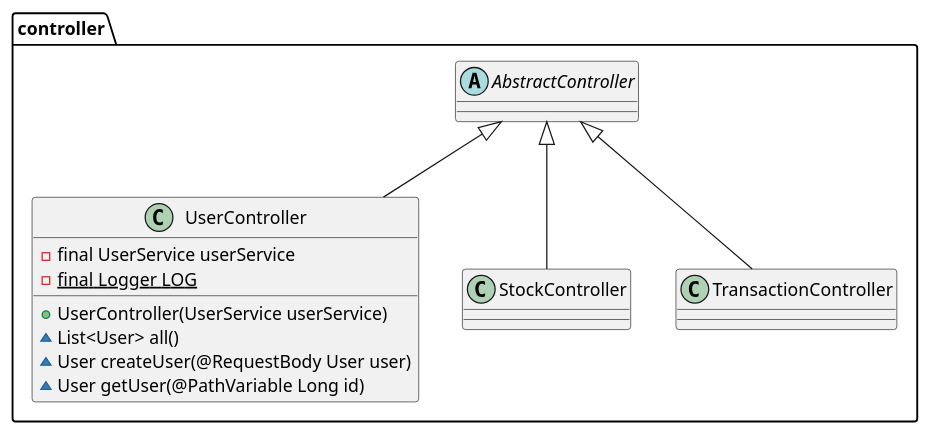
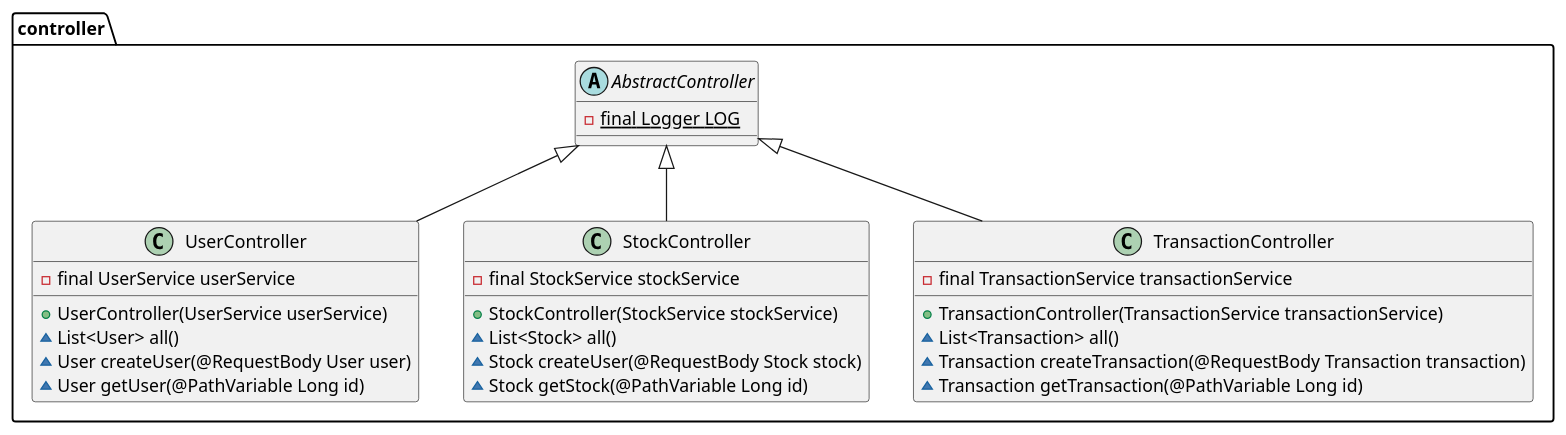
Before and after one commit to DPigeon/Money-Tree: the diagram in backend/diagram/class/ControllerPackage.puml, drawn with PlantUML. The commit also changed 4 other files, not shown here.

```diff
--- a/backend/diagram/class/ControllerPackage.puml
+++ b/backend/diagram/class/ControllerPackage.puml
@@ -1,26 +1,33 @@
 @startuml
 
 package controller {
     abstract class AbstractController {
-
+        -{static} final Logger LOG
     }
 
     class UserController extends AbstractController {
         -final UserService userService
-        -{static} final Logger LOG
         +UserController(UserService userService)
         ~List<User> all()
         ~User createUser(@RequestBody User user)
         ~User getUser(@PathVariable Long id)
     }
 
     class StockController extends AbstractController {
-
+        -final StockService stockService
+        +StockController(StockService stockService)
+        ~List<Stock> all()
+        ~Stock createUser(@RequestBody Stock stock)
+        ~Stock getStock(@PathVariable Long id)
     }
 
     class TransactionController extends AbstractController {
-
+        -final TransactionService transactionService
+        +TransactionController(TransactionService transactionService)
+        ~List<Transaction> all()
+        ~Transaction createTransaction(@RequestBody Transaction transaction)
+        ~Transaction getTransaction(@PathVariable Long id)
     }
 }
 
 @enduml
```
